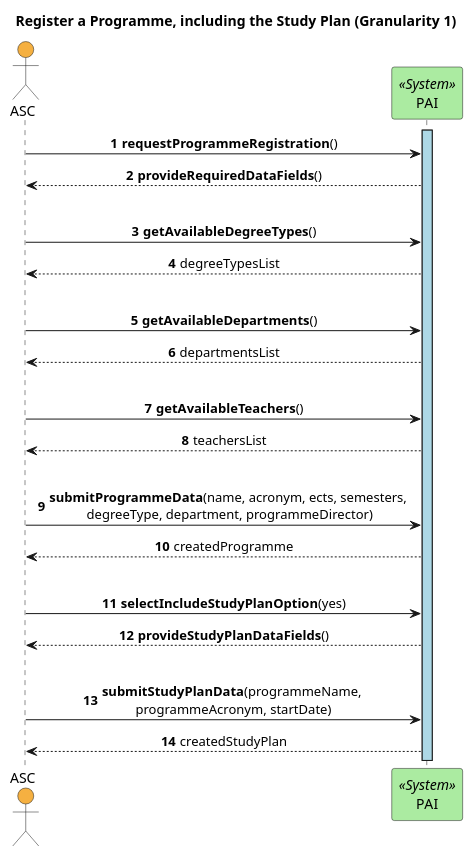
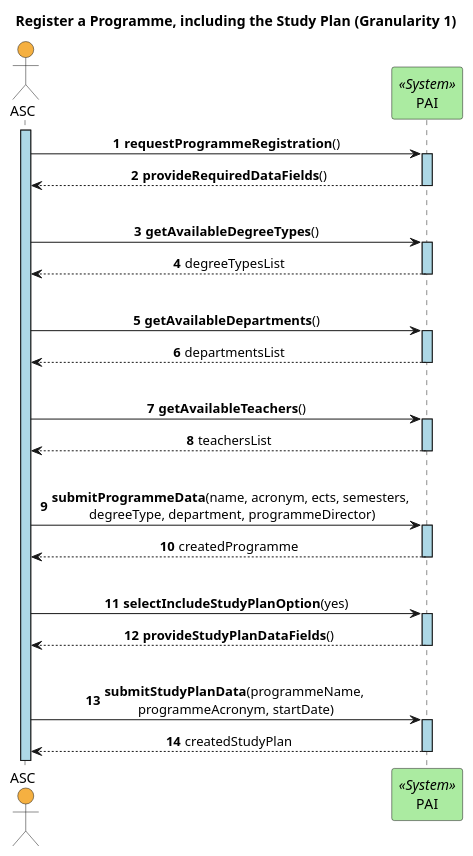
One commit to GasparISEP/DevOps-PAI changed the diagram in docs/US27/Sprint6/ProcessView/Level1.puml. Above: the diagram before and after it, drawn with PlantUML. The commit also changed 1 other file, not shown here.

Commit message:
Updated level 1 and level 2 process diagrams with some adjustments; and added missing activation bars. (Closes #755)

```diff
--- a/docs/US27/Sprint6/ProcessView/Level1.puml
+++ b/docs/US27/Sprint6/ProcessView/Level1.puml
@@ -1,31 +1,31 @@
 @startuml
 title Register a Programme, including the Study Plan (Granularity 1)
 skinparam sequenceMessageAlign center
 skinparam sequenceLifeLineBackgroundColor lightblue
 autonumber
 
 actor ASC #F5B041
 participant "PAI" as system <<System>> #ABEBA1
 
-activate system
-ASC -> system: **requestProgrammeRegistration**()
-system --> ASC: **provideRequiredDataFields**()
+activate ASC
+ASC -> system++: **requestProgrammeRegistration**()
+system --> ASC--: **provideRequiredDataFields**()
 |||
-ASC -> system: **getAvailableDegreeTypes**()
-system --> ASC: degreeTypesList
+ASC -> system++: **getAvailableDegreeTypes**()
+system --> ASC--: degreeTypesList
 |||
-ASC -> system: **getAvailableDepartments**()
-system --> ASC: departmentsList
+ASC -> system++: **getAvailableDepartments**()
+system --> ASC--: departmentsList
 |||
-ASC -> system: **getAvailableTeachers**()
-system --> ASC: teachersList
+ASC -> system++: **getAvailableTeachers**()
+system --> ASC--: teachersList
 |||
-ASC -> system: **submitProgrammeData**(name, acronym, ects, semesters, \ndegreeType, department, programmeDirector)
-system --> ASC: createdProgramme
+ASC -> system++: **submitProgrammeData**(name, acronym, ects, semesters, \ndegreeType, department, programmeDirector)
+system --> ASC--: createdProgramme
 |||
-ASC -> system: **selectIncludeStudyPlanOption**(yes)
-system --> ASC: **provideStudyPlanDataFields**()
+ASC -> system++: **selectIncludeStudyPlanOption**(yes)
+system --> ASC--: **provideStudyPlanDataFields**()
 |||
-ASC -> system: **submitStudyPlanData**(programmeName, \nprogrammeAcronym, startDate)
-system --> ASC: createdStudyPlan
+ASC -> system++: **submitStudyPlanData**(programmeName, \nprogrammeAcronym, startDate)
+system --> ASC--: createdStudyPlan
 @enduml
```
